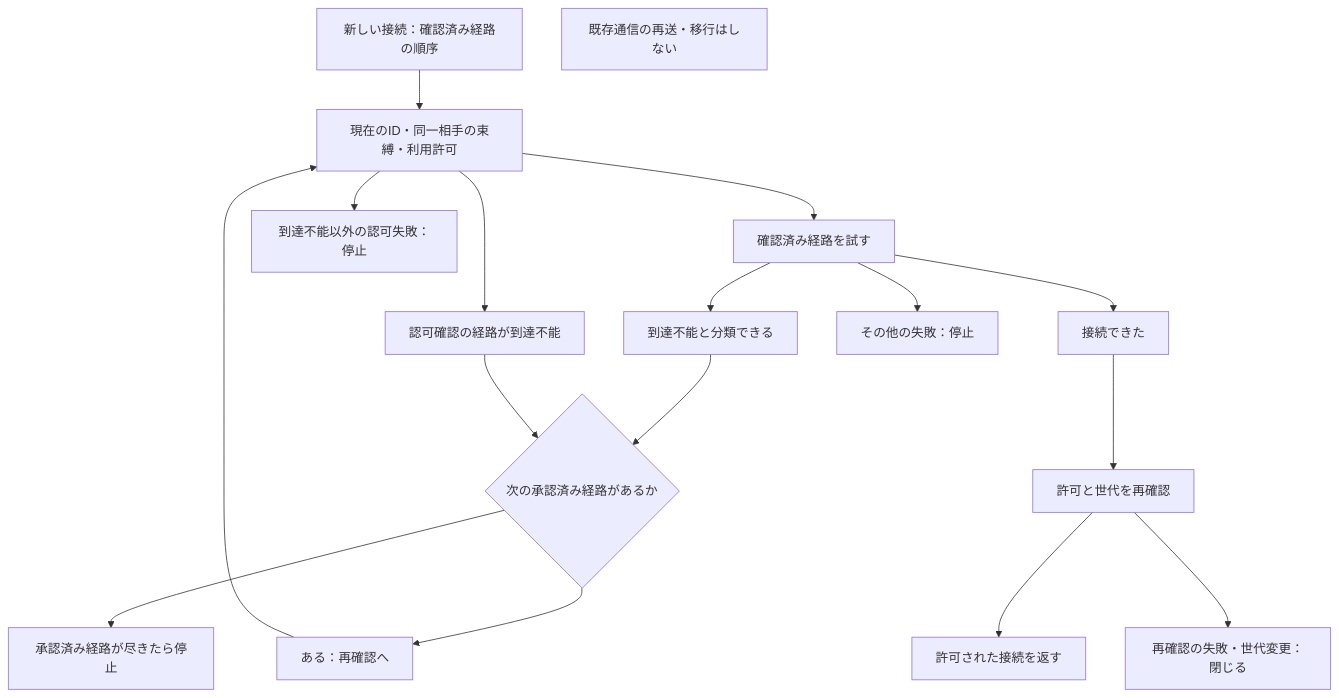
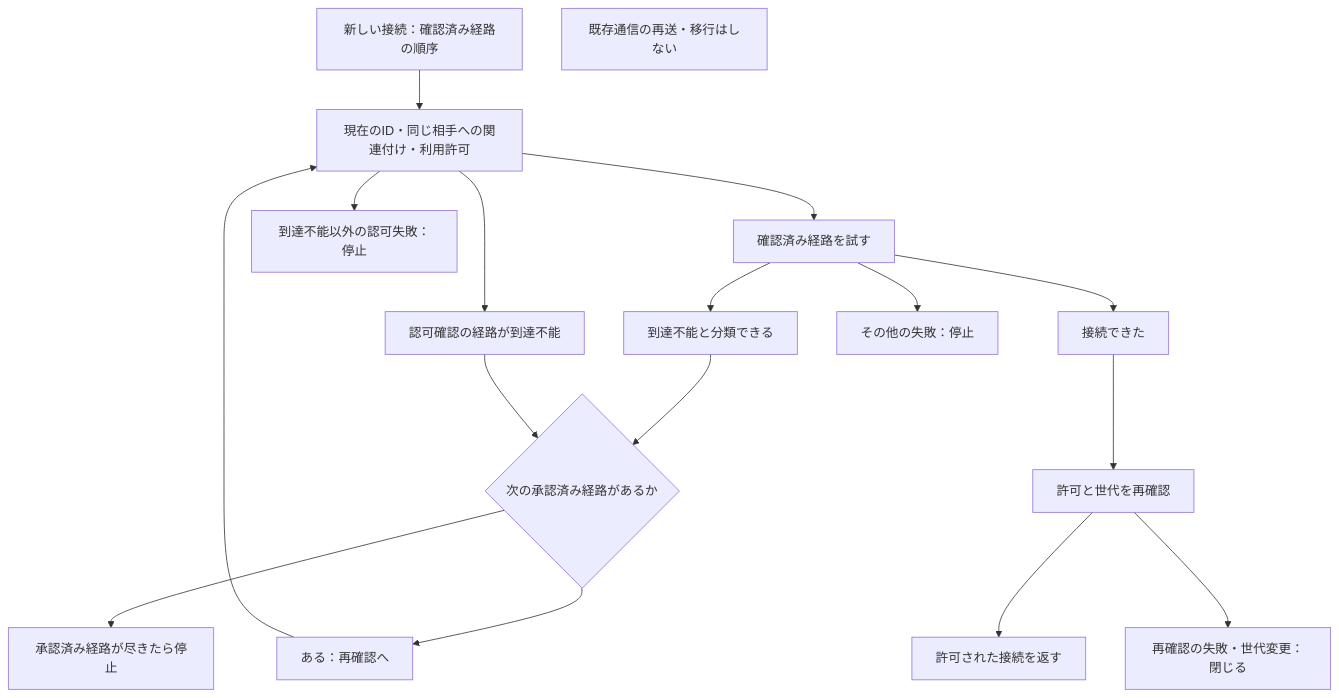
The diagram in docs/MIXED_CONNECTIONS.ja.md (webkaz-labs/sobalink), drawn with Mermaid before and after one commit. The commit also changed other lines of this file and 111 other files, not shown here.

````diff
--- a/docs/MIXED_CONNECTIONS.ja.md
+++ b/docs/MIXED_CONNECTIONS.ja.md
@@ -62,12 +62,12 @@
 ```mermaid
 flowchart TD
- New["新しい接続：確認済み経路の順序"] --> Auth["現在のID・同一相手の束縛・利用許可"] --> Dial["確認済み経路を試す"]
+ New["新しい接続：確認済み経路の順序"] --> Auth["現在のID・同じ相手への関連付け・利用許可"] --> Dial["確認済み経路を試す"]
  Auth --> Denied["到達不能以外の認可失敗：停止"]
  Dial --> Available["到達不能と分類できる"] --> Next{"次の承認済み経路があるか"} --> Has["ある：再確認へ"] --> Auth
  Dial --> Connected["接続できた"] --> Again["許可と世代を再確認"] --> Use["許可された接続を返す"]
  Again --> Changed["再確認の失敗・世代変更：閉じる"]
  Auth --> UnavailableAuth["認可確認の経路が到達不能"] --> Next
  Dial --> Other["その他の失敗：停止"]
  Scope["既存通信の再送・移行はしない"]
  Next --> Exhausted["承認済み経路が尽きたら停止"]
 ```
````
